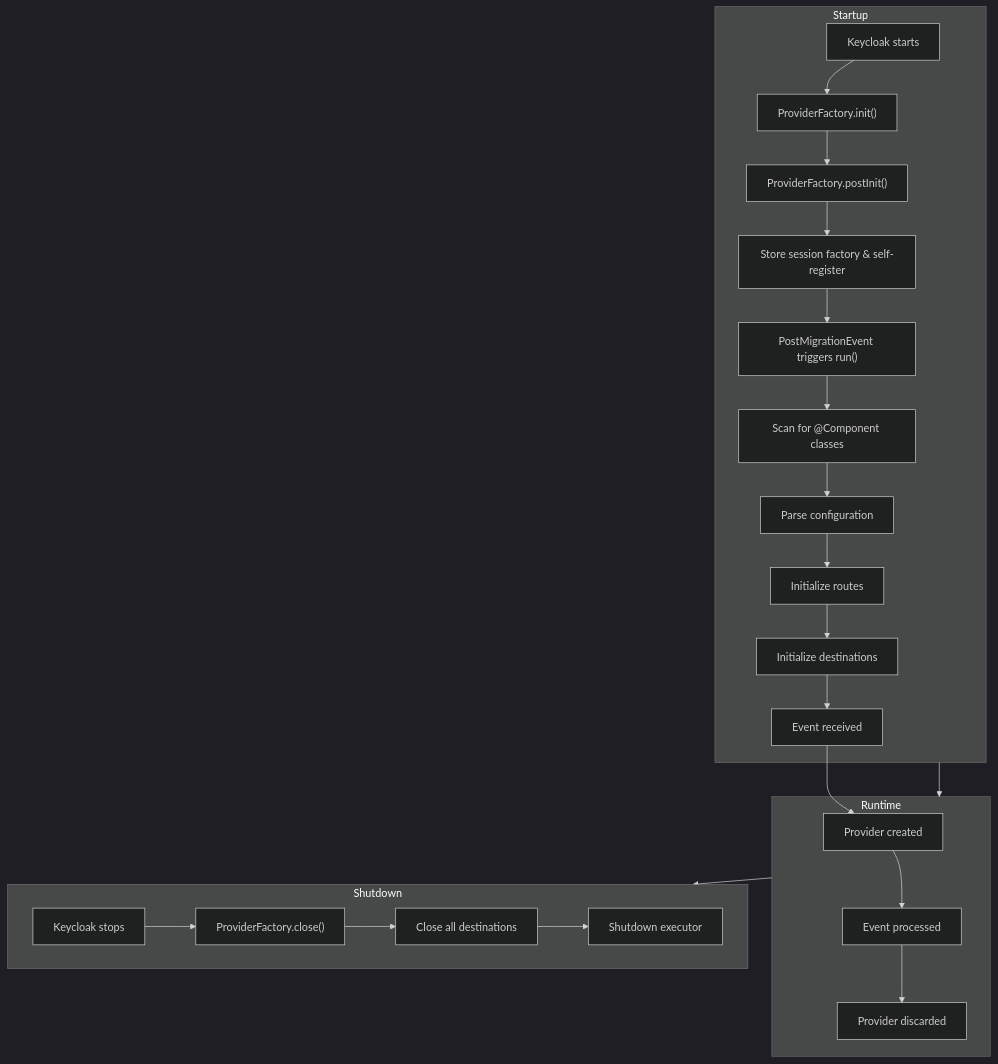
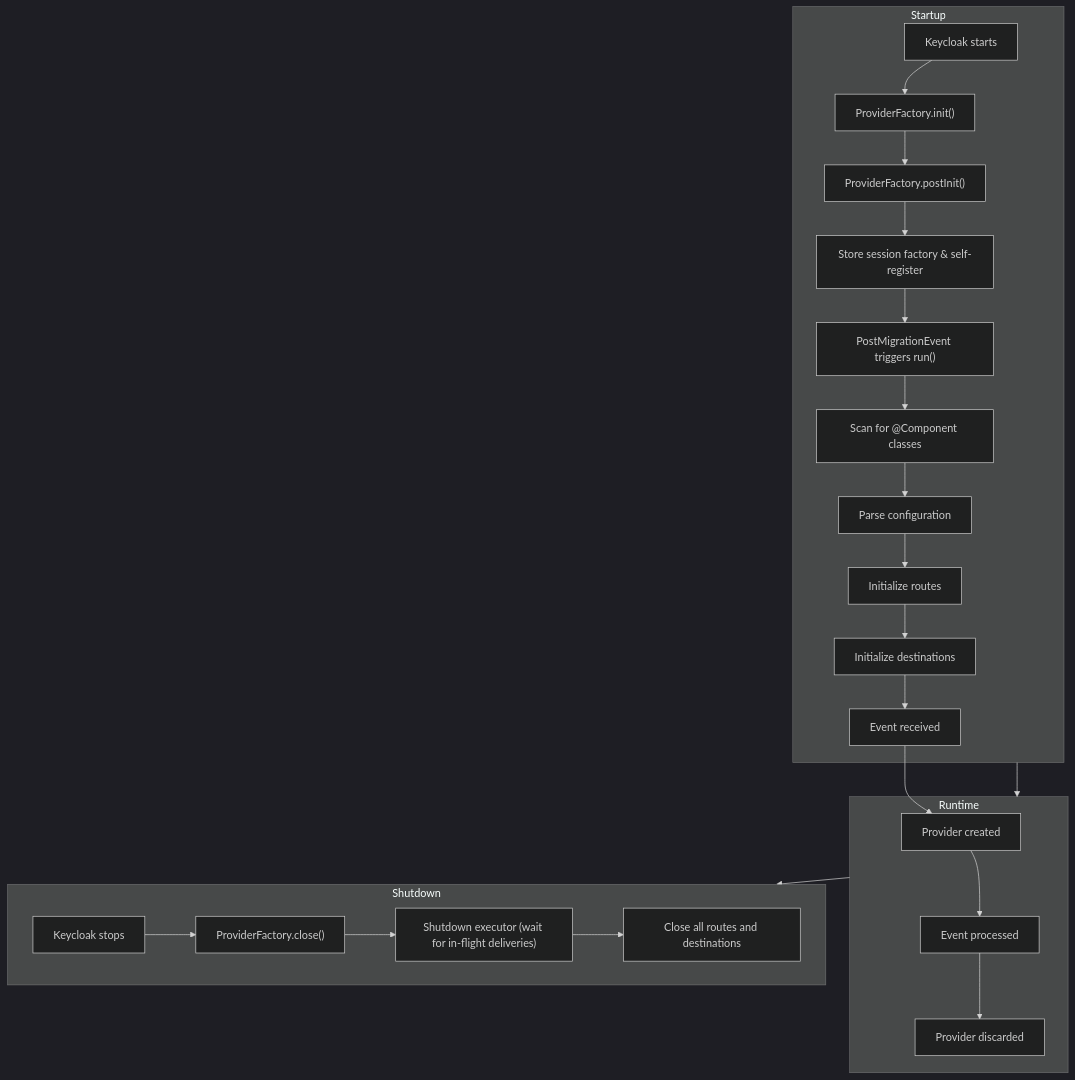
Before and after one commit to FortuneN/kete: the third of 5 diagrams in docs/developer-guide/how-it-works.md, drawn with Mermaid (dark theme). The commit also changed other lines of this file and 75 other files, not shown here.

````diff
--- a/docs/developer-guide/how-it-works.md
+++ b/docs/developer-guide/how-it-works.md
@@ -50,29 +50,29 @@
 ```mermaid
 flowchart TD
     subgraph Startup
         A["Keycloak starts"] --> B["ProviderFactory.init()"]
         B --> C["ProviderFactory.postInit()"]
         C --> C2["Store session factory & self-register"]
         C2 --> D["PostMigrationEvent triggers run()"]
         D --> E["Scan for @Component classes"]
         E --> F["Parse configuration"]
         F --> G["Initialize routes"]
         G --> H["Initialize destinations"]
         H --> I["Register event listener on realms"]
     end
     
     subgraph Runtime
         I["Event received"] --> J["Provider created"]
         J --> K["Event processed"]
         K --> L["Provider discarded"]
     end
     
     subgraph Shutdown
         M["Keycloak stops"] --> N["ProviderFactory.close()"]
-        N --> O["Close all destinations"]
-        O --> P["Shutdown executor"]
+        N --> O["Shutdown executor (wait for in-flight deliveries)"]
+        O --> P["Close all routes and destinations"]
     end
     
     Startup --> Runtime
     Runtime --> Shutdown
 ```
````
